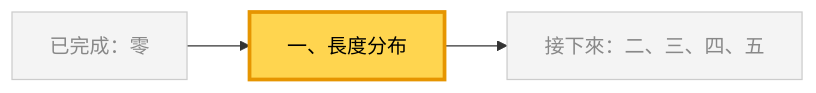
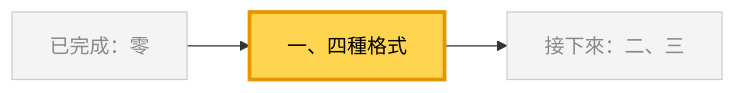
The fourth of 9 diagrams in docs/17.md (4-learn/data-analysis-and-process-demo), drawn with Mermaid before and after one commit. The commit also changed other lines of this file and 189 other files, not shown here.

````diff
--- a/docs/17.md
+++ b/docs/17.md
@@ -111,7 +125,7 @@
 ```mermaid
 flowchart LR
-    P["已完成：零"] --> C["一、長度分布"] --> N["接下來：二、三、四、五"]
+    P["已完成：零"] --> C["一、四種格式"] --> N["接下來：二、三"]
     classDef other fill:#f4f4f4,stroke:#cccccc,color:#888888
     class P,N other
     style C fill:#ffd54f,stroke:#e69500,stroke-width:3px,color:#000
 ```
````
